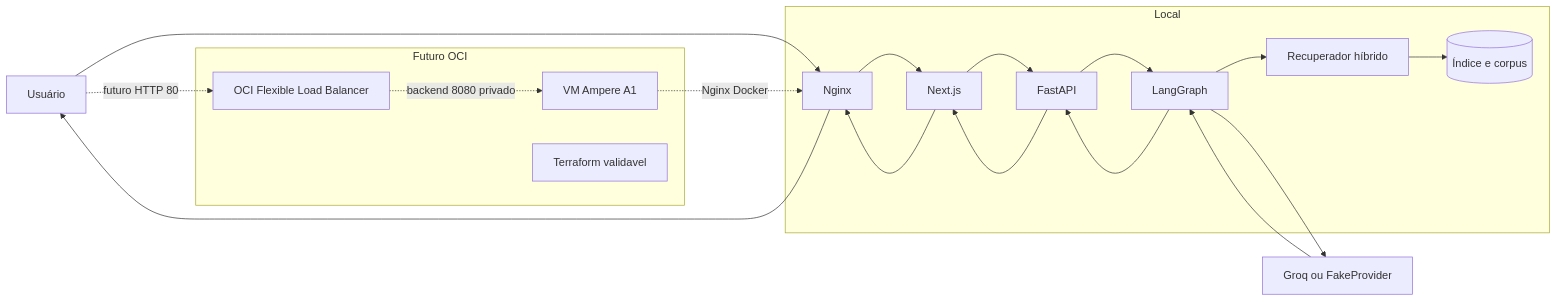
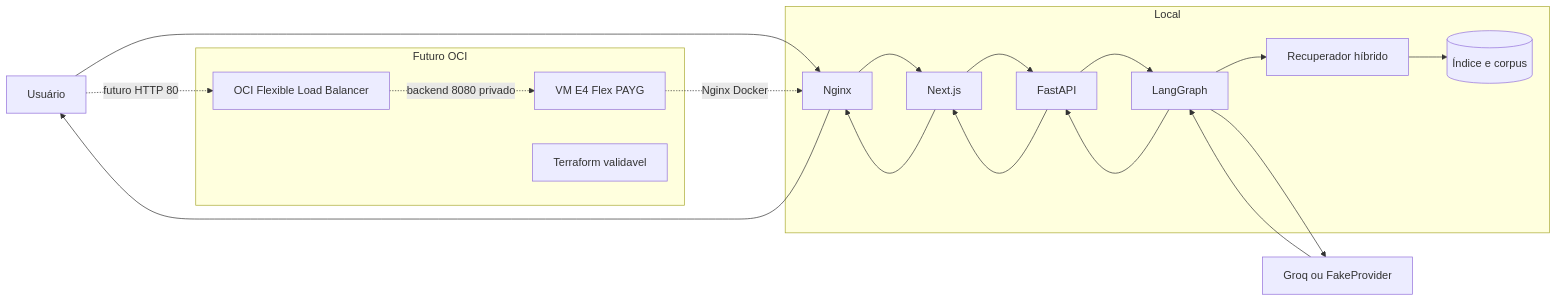
The second of 2 diagrams in README.md (brodyandre/edudocs-ai-agent-oci), drawn with Mermaid before and after one commit. The commit also changed other lines of this file and 21 other files, not shown here.

Commit message:
feat(oci): prepara deploy temporário PAYG em E4 Flex

````diff
--- a/README.md
+++ b/README.md
@@ -172,34 +172,34 @@
 ```mermaid
 flowchart LR
     U[Usuário] --> N[Nginx]
     N --> W[Next.js]
     W --> A[FastAPI]
     A --> G[LangGraph]
     G --> R[Recuperador híbrido]
     R --> C[(Índice e corpus)]
     G --> P[Groq ou FakeProvider]
     P --> G
     G --> A
     A --> W
     W --> N
     N --> U
 
     subgraph Local
       N
       W
       A
       G
       R
       C
     end
 
     subgraph Futuro OCI
       LB[OCI Flexible Load Balancer]
-      OCI[VM Ampere A1]
+      OCI[VM E4 Flex PAYG]
       TF[Terraform validavel]
     end
 
     U -. futuro HTTP 80 .-> LB
     LB -. backend 8080 privado .-> OCI
     OCI -. Nginx Docker .-> N
 ```
````
